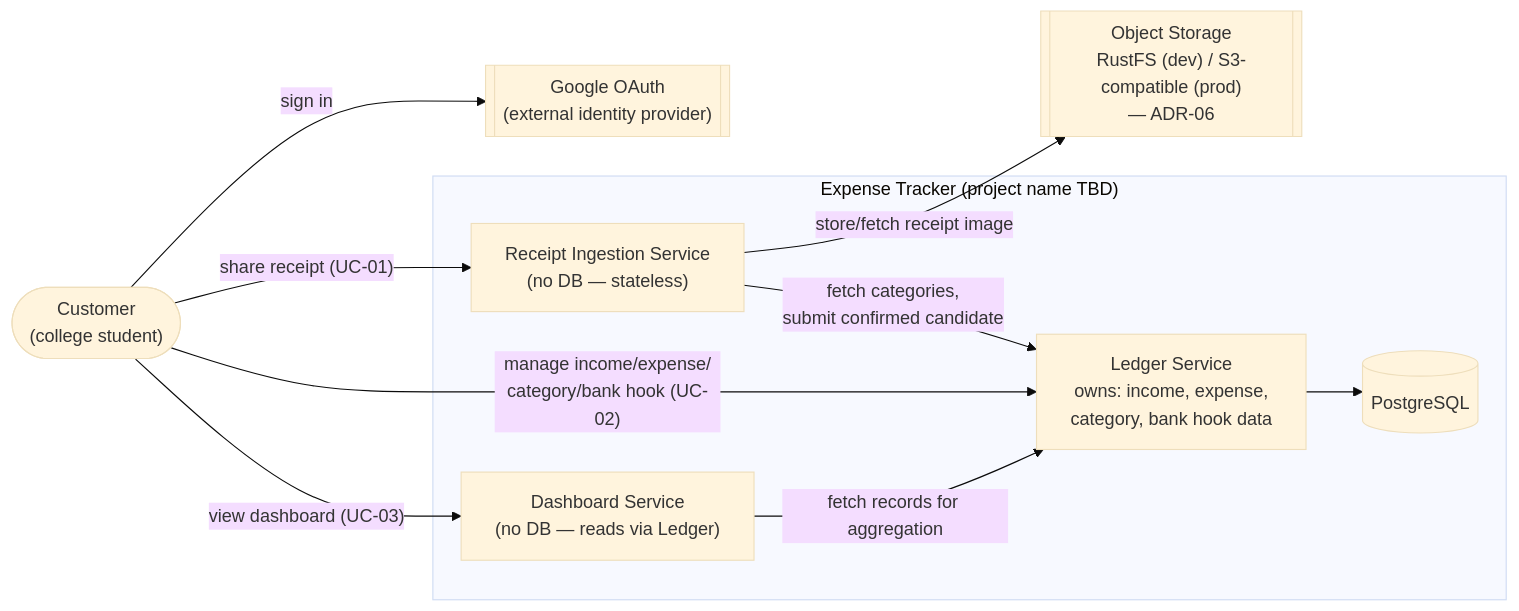
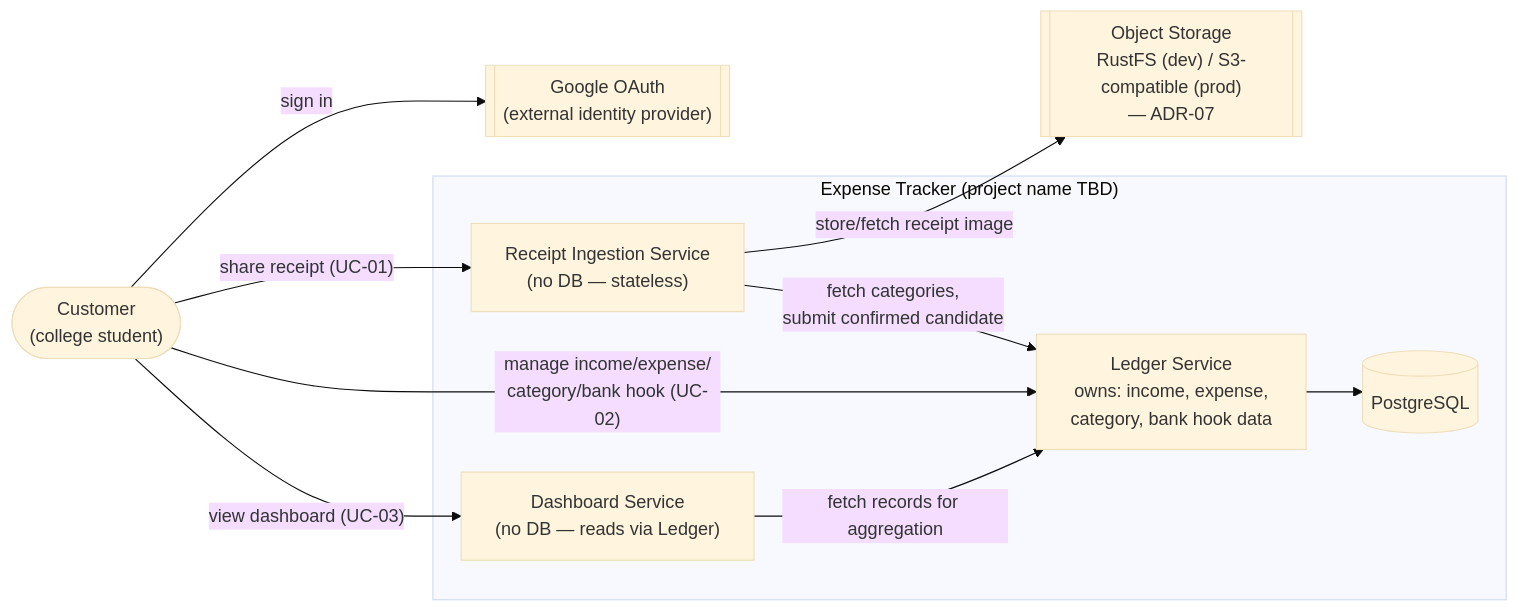
Before and after one commit to moomaideng/bogbank: the diagram in docs/arch/microservices-design/architecture-diagram.md, drawn with Mermaid (base theme). The commit also changed 17 other files, not shown here.

Commit message:
docs: polish ADRs and renumber architecture decisions

````diff
--- a/docs/arch/microservices-design/architecture-diagram.md
+++ b/docs/arch/microservices-design/architecture-diagram.md
@@ -5,23 +5,23 @@
 ```mermaid
 flowchart LR
     Customer(["Customer\n(college student)"])
     GoogleOAuth[["Google OAuth\n(external identity provider)"]]
-    ObjectStorage[["Object Storage\nRustFS (dev) / S3-compatible (prod)\n— ADR-06"]]
+    ObjectStorage[["Object Storage\nRustFS (dev) / S3-compatible (prod)\n— ADR-07"]]
 
     subgraph System["Expense Tracker (project name TBD)"]
         Ingestion["Receipt Ingestion Service\n(no DB — stateless)"]
         Ledger["Ledger Service\nowns: income, expense,\ncategory, bank hook data"]
         Dashboard["Dashboard Service\n(no DB — reads via Ledger)"]
         DB[("PostgreSQL")]
     end
 
     Customer -- "sign in" --> GoogleOAuth
     Customer -- "share receipt (UC-01)" --> Ingestion
     Customer -- "manage income/expense/\ncategory/bank hook (UC-02)" --> Ledger
     Customer -- "view dashboard (UC-03)" --> Dashboard
 
     Ingestion -- "store/fetch receipt image" --> ObjectStorage
     Ingestion -- "fetch categories,\nsubmit confirmed candidate" --> Ledger
     Dashboard -- "fetch records for aggregation" --> Ledger
     Ledger --> DB
 ```
````
